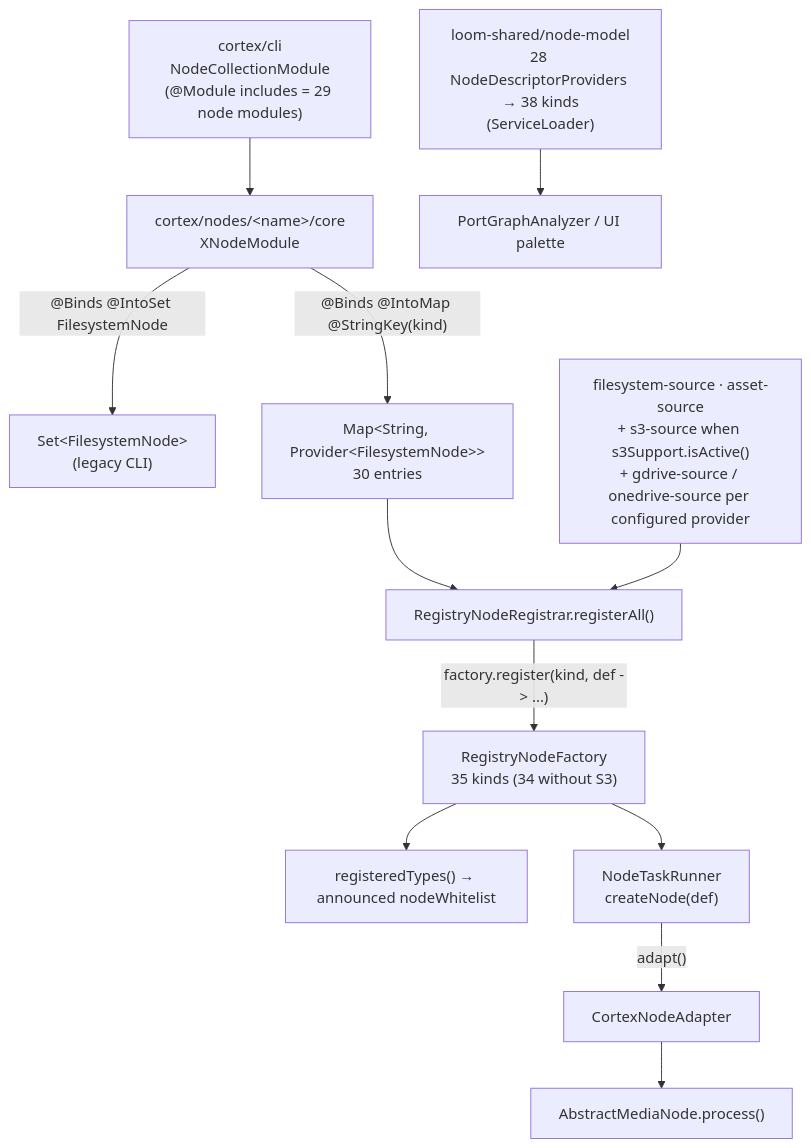
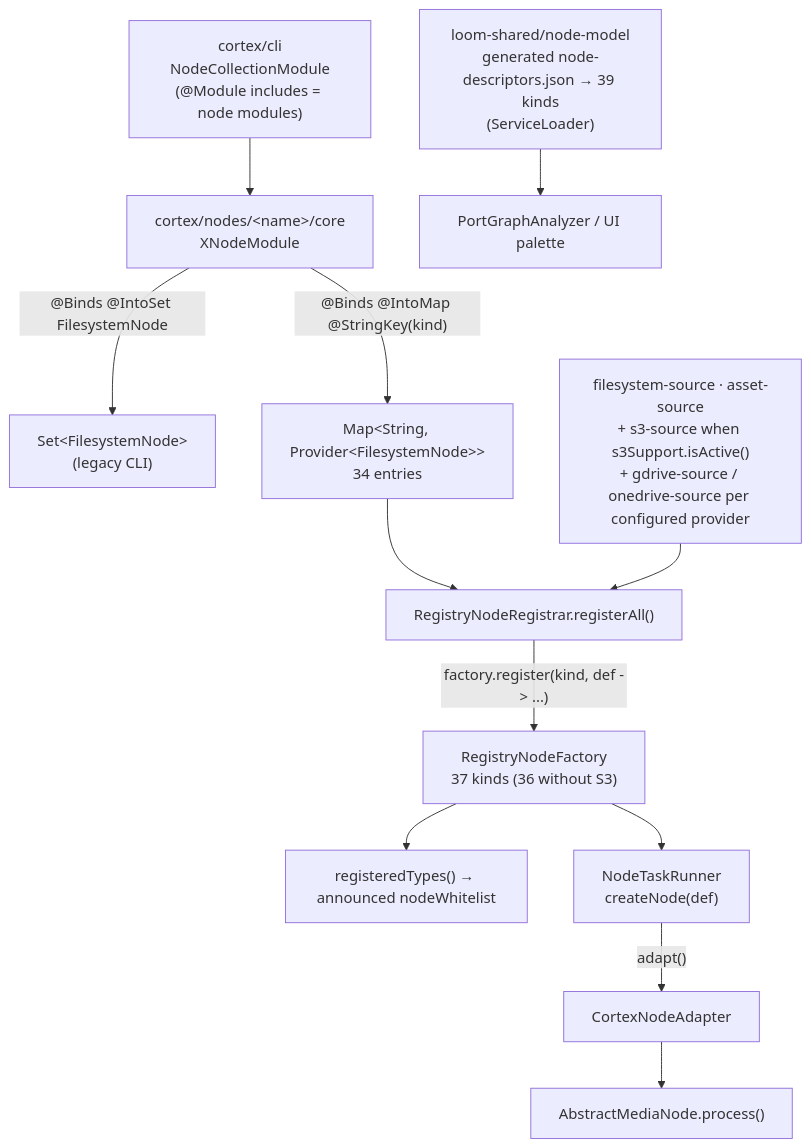
Before and after one commit to metaloom/metaloom: the diagram in spec/features/nodes/NODES.md, drawn with Mermaid. The commit also changed other lines of this file and 6 other files, not shown here.

````diff
--- a/spec/features/nodes/NODES.md
+++ b/spec/features/nodes/NODES.md
@@ -320,15 +323,15 @@
 ```mermaid
 flowchart TD
   M["cortex/nodes/&lt;name&gt;/core<br/>XNodeModule"]
   M -->|"@Binds @IntoSet FilesystemNode"| S["Set&lt;FilesystemNode&gt;<br/>(legacy CLI)"]
-  M -->|"@Binds @IntoMap @StringKey(kind)"| K["Map&lt;String, Provider&lt;FilesystemNode&gt;&gt;<br/>30 entries"]
-  NC["cortex/cli<br/>NodeCollectionModule<br/>(@Module includes = 29 node modules)"] --> M
+  M -->|"@Binds @IntoMap @StringKey(kind)"| K["Map&lt;String, Provider&lt;FilesystemNode&gt;&gt;<br/>34 entries"]
+  NC["cortex/cli<br/>NodeCollectionModule<br/>(@Module includes = node modules)"] --> M
   K --> R["RegistryNodeRegistrar.registerAll()"]
   SRC["filesystem-source · asset-source<br/>+ s3-source when s3Support.isActive()<br/>+ gdrive-source / onedrive-source per configured provider"] --> R
-  R -->|"factory.register(kind, def -&gt; ...)"| F["RegistryNodeFactory<br/>35 kinds (34 without S3)"]
+  R -->|"factory.register(kind, def -&gt; ...)"| F["RegistryNodeFactory<br/>37 kinds (36 without S3)"]
   F --> W["registeredTypes() → announced nodeWhitelist"]
   F --> NT["NodeTaskRunner<br/>createNode(def)"]
   NT -->|"adapt()"| A["CortexNodeAdapter"]
   A --> P["AbstractMediaNode.process()"]
-  D["loom-shared/node-model<br/>28 NodeDescriptorProviders → 38 kinds<br/>(ServiceLoader)"] --> V["PortGraphAnalyzer / UI palette"]
+  D["loom-shared/node-model<br/>generated node-descriptors.json → 39 kinds<br/>(ServiceLoader)"] --> V["PortGraphAnalyzer / UI palette"]
 ```
````
